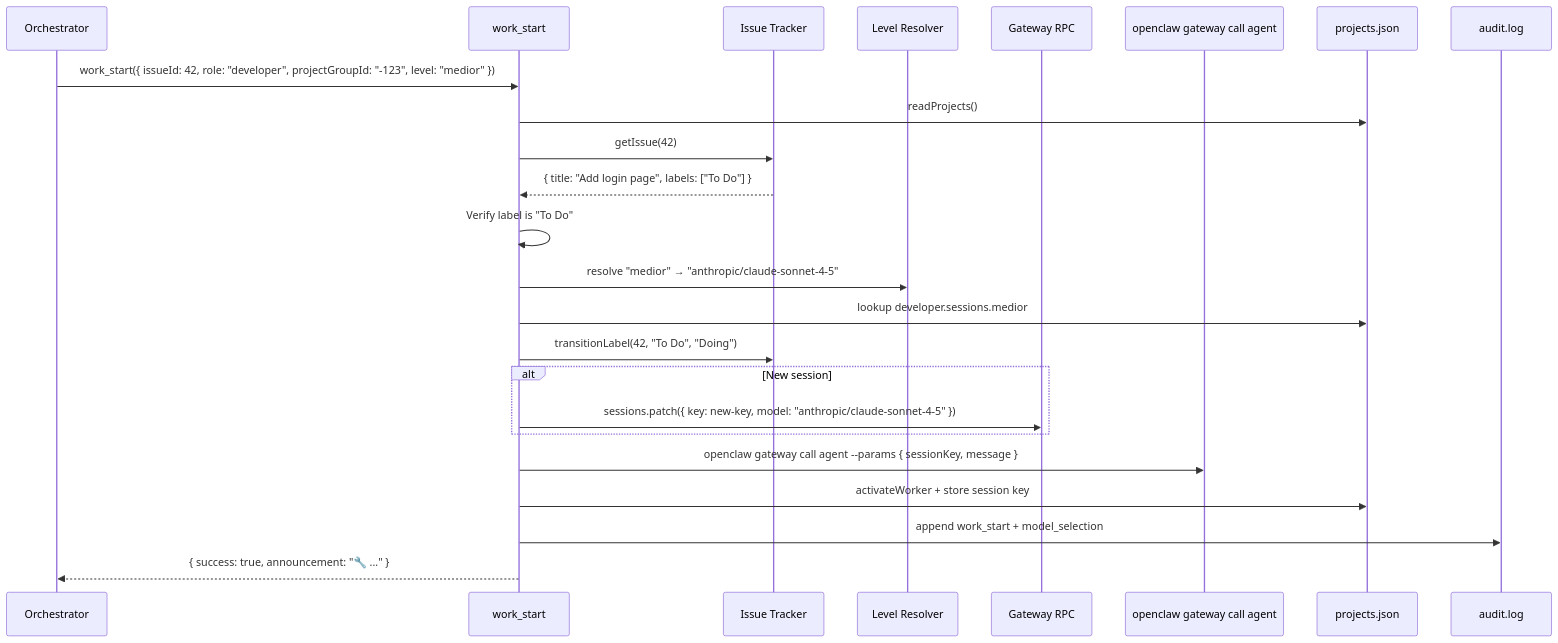
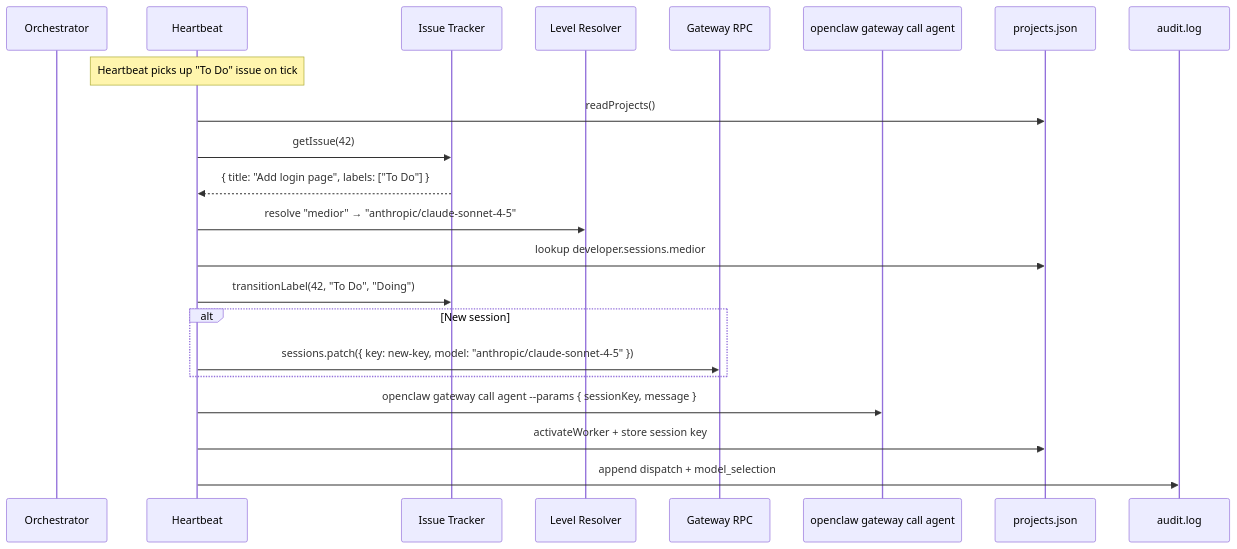
The seventh of 13 diagrams in docs/ARCHITECTURE.md (laurentenhoor/devclaw), drawn with Mermaid before and after one commit. The commit also changed other lines of this file and 29 other files, not shown here.

````diff
--- a/docs/ARCHITECTURE.md
+++ b/docs/ARCHITECTURE.md
@@ -340,27 +344,25 @@
 ```mermaid
 sequenceDiagram
     participant A as Orchestrator
-    participant WS as work_start
+    participant HB as Heartbeat
     participant GL as Issue Tracker
     participant TIER as Level Resolver
     participant GW as Gateway RPC
     participant CLI as openclaw gateway call agent
     participant PJ as projects.json
     participant AL as audit.log
 
-    A->>WS: work_start({ issueId: 42, role: "developer", projectGroupId: "-123", level: "medior" })
-    WS->>PJ: readProjects()
-    WS->>GL: getIssue(42)
-    GL-->>WS: { title: "Add login page", labels: ["To Do"] }
-    WS->>WS: Verify label is "To Do"
-    WS->>TIER: resolve "medior" → "anthropic/claude-sonnet-4-5"
-    WS->>PJ: lookup developer.sessions.medior
-    WS->>GL: transitionLabel(42, "To Do", "Doing")
+    Note over HB: Heartbeat picks up "To Do" issue on tick
+    HB->>PJ: readProjects()
+    HB->>GL: getIssue(42)
+    GL-->>HB: { title: "Add login page", labels: ["To Do"] }
+    HB->>TIER: resolve "medior" → "anthropic/claude-sonnet-4-5"
+    HB->>PJ: lookup developer.sessions.medior
+    HB->>GL: transitionLabel(42, "To Do", "Doing")
     alt New session
-        WS->>GW: sessions.patch({ key: new-key, model: "anthropic/claude-sonnet-4-5" })
+        HB->>GW: sessions.patch({ key: new-key, model: "anthropic/claude-sonnet-4-5" })
     end
-    WS->>CLI: openclaw gateway call agent --params { sessionKey, message }
-    WS->>PJ: activateWorker + store session key
-    WS->>AL: append work_start + model_selection
-    WS-->>A: { success: true, announcement: "🔧 ..." }
+    HB->>CLI: openclaw gateway call agent --params { sessionKey, message }
+    HB->>PJ: activateWorker + store session key
+    HB->>AL: append dispatch + model_selection
 ```
````
